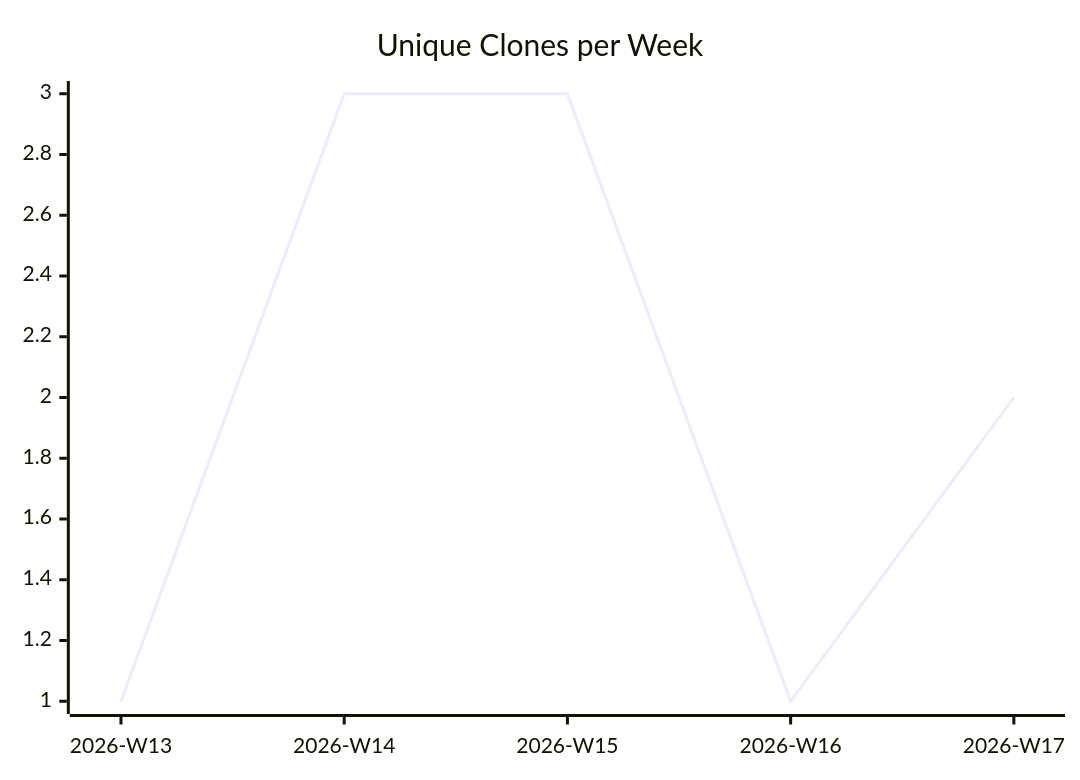
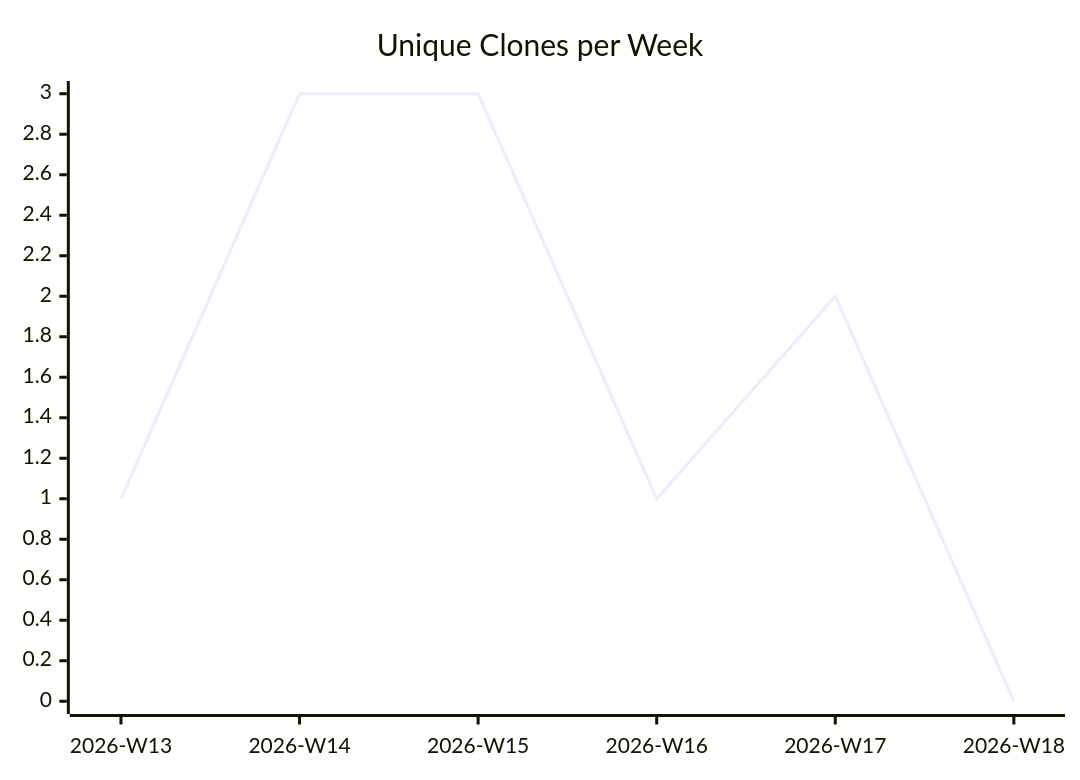
The third of 3 diagrams in karlmdavis/puppet-sonar/README.md (justdavis-family/github-analytics-data), drawn with Mermaid before and after one commit. The commit also changed other lines of this file and 184 other files, not shown here.

````diff
--- a/karlmdavis/puppet-sonar/README.md
+++ b/karlmdavis/puppet-sonar/README.md
@@ -19,6 +19,6 @@
 ```mermaid
 xychart-beta
   title "Unique Clones per Week"
-  x-axis ["2026-W13", "2026-W14", "2026-W15", "2026-W16", "2026-W17"]
-  line [1, 3, 3, 1, 2]
+  x-axis ["2026-W13", "2026-W14", "2026-W15", "2026-W16", "2026-W17", "2026-W18"]
+  line [1, 3, 3, 1, 2, 0]
 ```
````
